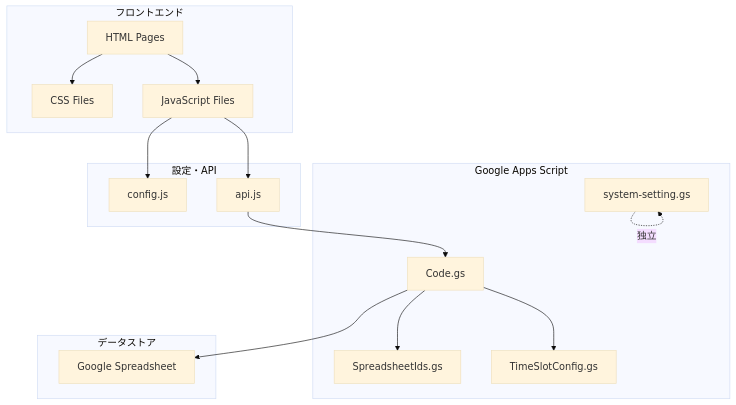
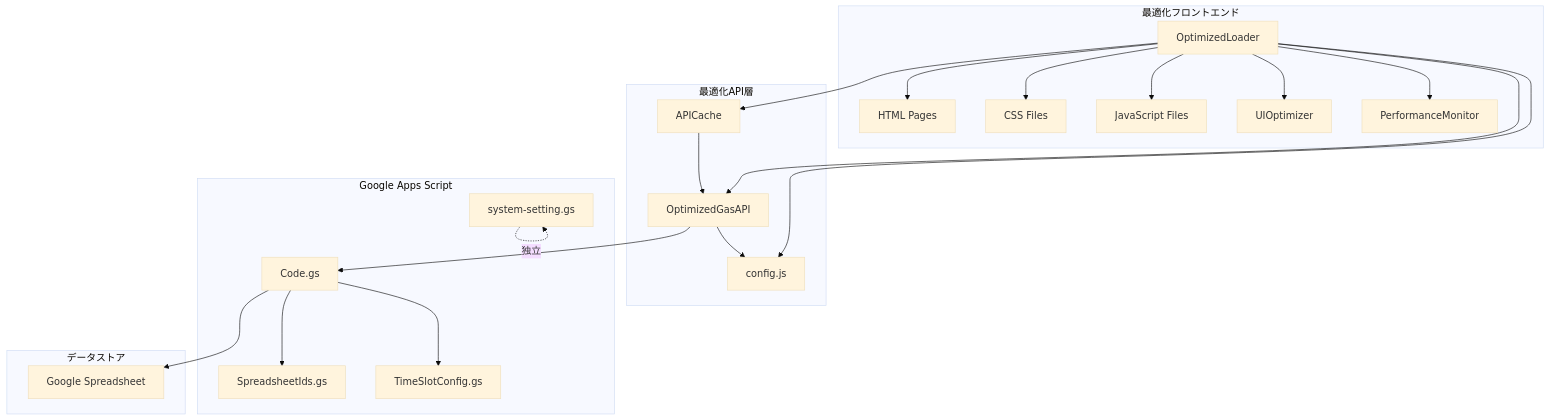
Diagram 11 of 13 in README.md (J105588/tickets-beta), drawn with Mermaid (base theme) before and after one commit. The commit also changed other lines of this file and 14 other files, not shown here.

First line of the commit message:
Optimize caching and API handling for improved performance and offline support

````diff
--- a/README.md
+++ b/README.md
@@ -909,34 +959,44 @@
 ```mermaid
 graph TB
-    subgraph "フロントエンド"
-        A[HTML Pages]
-        B[CSS Files]
-        C[JavaScript Files]
+    subgraph "最適化フロントエンド"
+        A[OptimizedLoader]
+        B[HTML Pages]
+        C[CSS Files]
+        D[JavaScript Files]
+        E[UIOptimizer]
+        F[PerformanceMonitor]
     end
     
-    subgraph "設定・API"
-        D[config.js]
-        E[api.js]
+    subgraph "最適化API層"
+        G[APICache]
+        H[OptimizedGasAPI]
+        I[config.js]
     end
     
     subgraph "Google Apps Script"
-        F[Code.gs]
-        G[SpreadsheetIds.gs]
-        H[TimeSlotConfig.gs]
-        I[system-setting.gs]
+        J[Code.gs]
+        K[SpreadsheetIds.gs]
+        L[TimeSlotConfig.gs]
+        M[system-setting.gs]
     end
     
     subgraph "データストア"
-        J[Google Spreadsheet]
+        N[Google Spreadsheet]
     end
     
     A --> B
     A --> C
-    C --> D
-    C --> E
-    E --> F
-    F --> G
-    F --> H
-    F --> J
-    I -.->|独立| I
+    A --> D
+    A --> E
+    A --> F
+    A --> G
+    A --> H
+    A --> I
+    G --> H
+    H --> I
+    H --> J
+    J --> K
+    J --> L
+    J --> N
+    M -.->|独立| M
 ```
````
